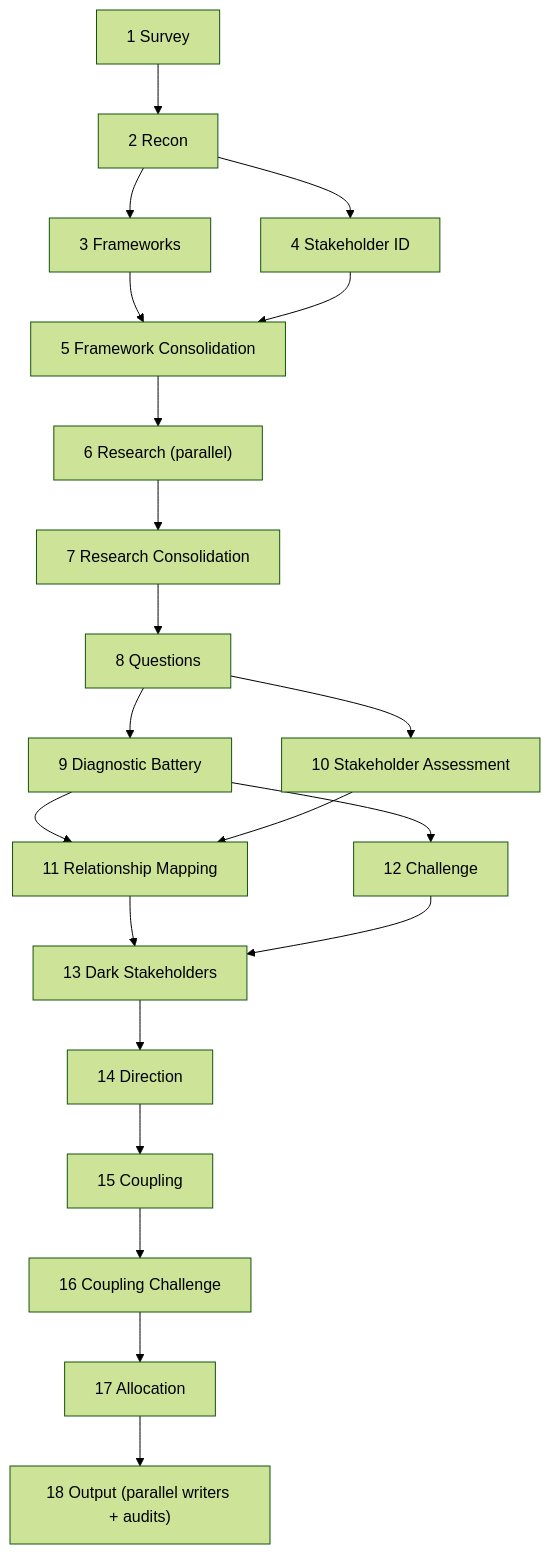
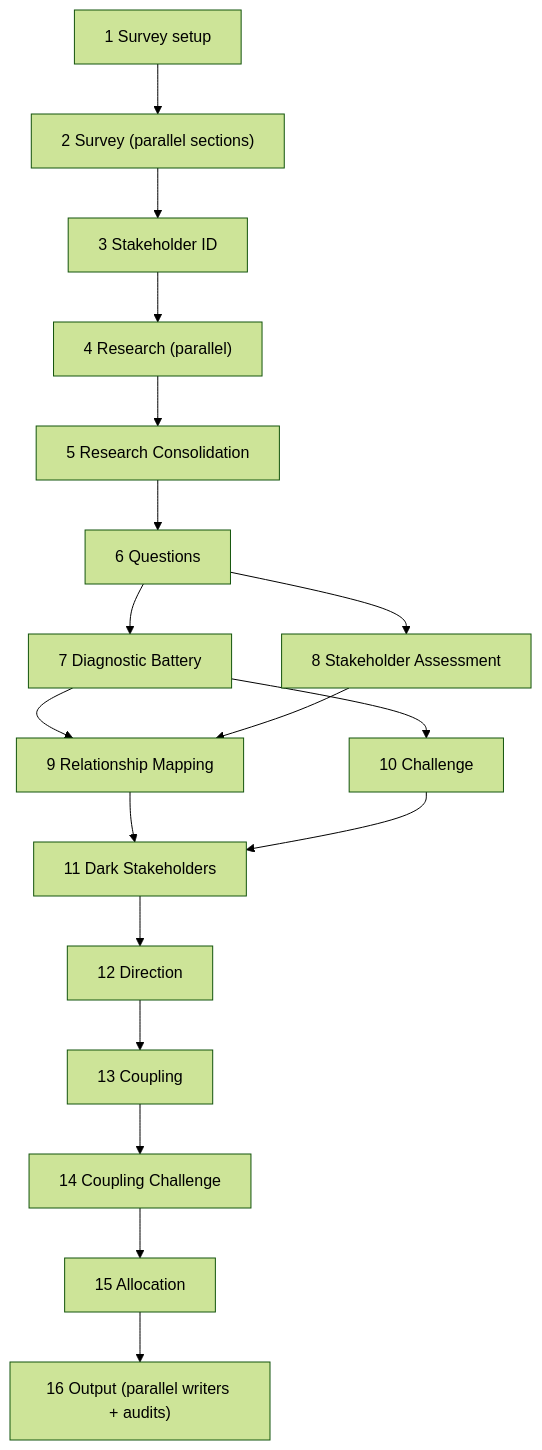
The diagram in tools/staker.md (cppalliance/tools-public), drawn with Mermaid (forest theme) before and after one commit. The commit also changed other lines of this file and 4 other files, not shown here.

````diff
--- a/tools/staker.md
+++ b/tools/staker.md
@@ -7,23 +7,20 @@
 ```mermaid
 flowchart TD
-    S1[1 Survey] --> S2[2 Recon]
-    S2 --> S3[3 Frameworks]
-    S2 --> S4[4 Stakeholder ID]
-    S3 --> S5[5 Framework Consolidation]
-    S4 --> S5
-    S5 --> S6["6 Research (parallel)"]
-    S6 --> S7[7 Research Consolidation]
-    S7 --> S8[8 Questions]
-    S8 --> S9[9 Diagnostic Battery]
-    S8 --> S10[10 Stakeholder Assessment]
-    S9 --> S11[11 Relationship Mapping]
+    S1[1 Survey setup] --> S2["2 Survey (parallel sections)"]
+    S2 --> S3[3 Stakeholder ID]
+    S3 --> S4["4 Research (parallel)"]
+    S4 --> S5[5 Research Consolidation]
+    S5 --> S6[6 Questions]
+    S6 --> S7[7 Diagnostic Battery]
+    S6 --> S8[8 Stakeholder Assessment]
+    S7 --> S9[9 Relationship Mapping]
+    S8 --> S9
+    S7 --> S10[10 Challenge]
+    S9 --> S11[11 Dark Stakeholders]
     S10 --> S11
-    S9 --> S12[12 Challenge]
-    S11 --> S13[13 Dark Stakeholders]
-    S12 --> S13
-    S13 --> S14[14 Direction]
-    S14 --> S15[15 Coupling]
-    S15 --> S16[16 Coupling Challenge]
-    S16 --> S17[17 Allocation]
-    S17 --> S18["18 Output (parallel writers + audits)"]
+    S11 --> S12[12 Direction]
+    S12 --> S13[13 Coupling]
+    S13 --> S14[14 Coupling Challenge]
+    S14 --> S15[15 Allocation]
+    S15 --> S16["16 Output (parallel writers + audits)"]
 ```
````
